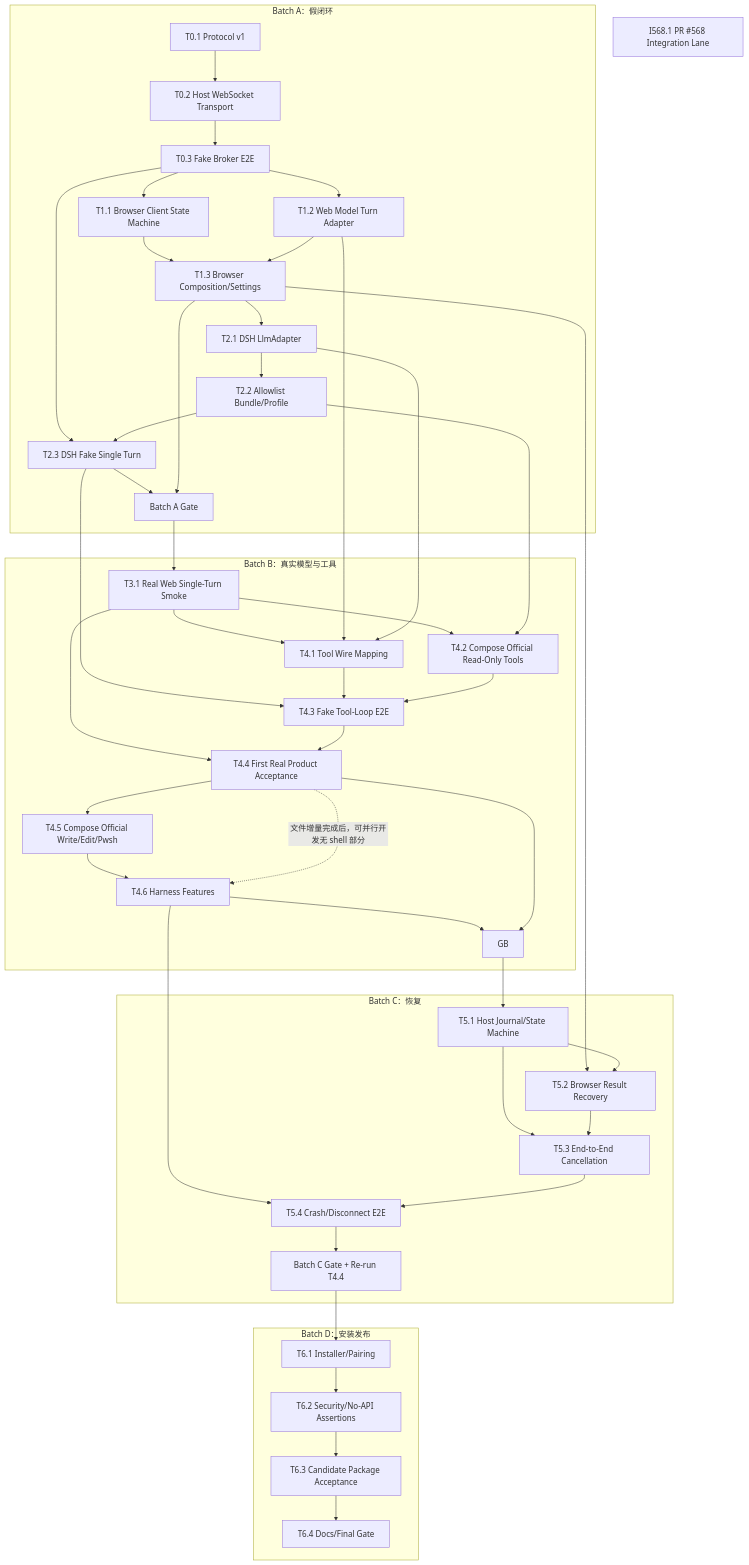
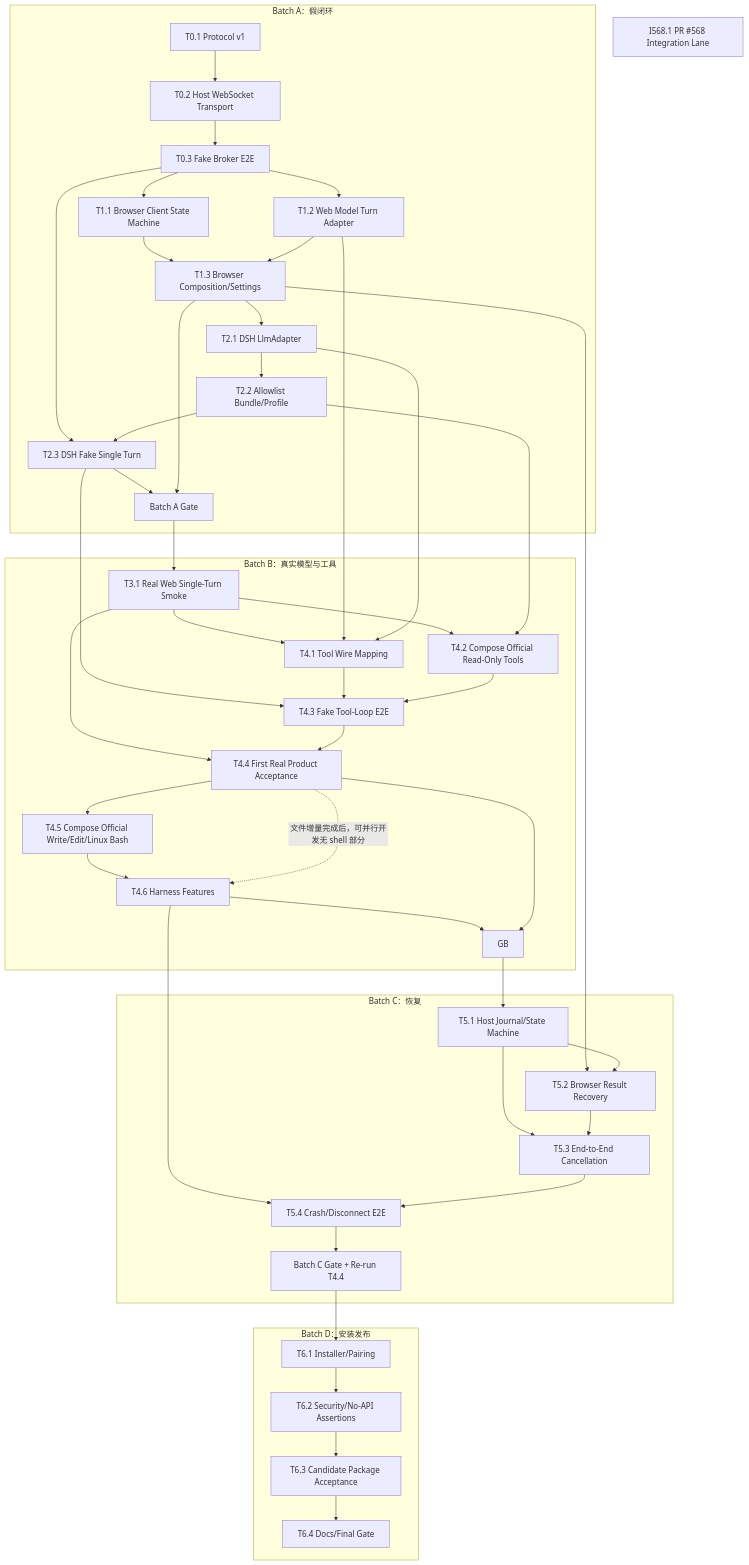
One commit to XVSHIFU/deepseek-pp changed the first of 2 diagrams in docs/plan/dependency-graph.md. Above: the diagram before and after it, drawn with Mermaid. The commit also changed other lines of this file and 5 other files, not shown here.

````diff
--- a/docs/plan/dependency-graph.md
+++ b/docs/plan/dependency-graph.md
@@ -7,58 +7,58 @@
 ```mermaid
 flowchart TD
   subgraph A["Batch A：假闭环"]
     T01["T0.1 Protocol v1"] --> T02["T0.2 Host WebSocket Transport"]
     T02 --> T03["T0.3 Fake Broker E2E"]
 
     T03 --> T11["T1.1 Browser Client State Machine"]
     T03 --> T12["T1.2 Web Model Turn Adapter"]
     T11 --> T13["T1.3 Browser Composition/Settings"]
     T12 --> T13
 
     T13 --> T21["T2.1 DSH LlmAdapter"]
     T21 --> T22["T2.2 Allowlist Bundle/Profile"]
     T03 --> T23["T2.3 DSH Fake Single Turn"]
     T22 --> T23
     T23 --> GA["Batch A Gate"]
     T13 --> GA
   end
 
   subgraph B["Batch B：真实模型与工具"]
     GA --> T31["T3.1 Real Web Single-Turn Smoke"]
     T31 --> T41["T4.1 Tool Wire Mapping"]
     T12 --> T41
     T21 --> T41
     T31 --> T42["T4.2 Compose Official Read-Only Tools"]
     T22 --> T42
     T23 --> T43["T4.3 Fake Tool-Loop E2E"]
     T41 --> T43
     T42 --> T43
     T31 --> T44["T4.4 First Real Product Acceptance"]
     T43 --> T44
-    T44 --> T45["T4.5 Compose Official Write/Edit/Pwsh"]
+    T44 --> T45["T4.5 Compose Official Write/Edit/Linux Bash"]
     T45 --> T46["T4.6 Harness Features"]
     T44 -. "文件增量完成后，可并行开发无 shell 部分" .-> T46
     T46 --> GB
     T44 --> GB
   end
 
   subgraph C["Batch C：恢复"]
     GB --> T51["T5.1 Host Journal/State Machine"]
     T13 --> T52["T5.2 Browser Result Recovery"]
     T51 --> T52
     T51 --> T53["T5.3 End-to-End Cancellation"]
     T52 --> T53
     T46 --> T54["T5.4 Crash/Disconnect E2E"]
     T53 --> T54
     T54 --> GC["Batch C Gate + Re-run T4.4"]
   end
 
   subgraph D["Batch D：安装发布"]
     GC --> T61["T6.1 Installer/Pairing"]
     T61 --> T62["T6.2 Security/No-API Assertions"]
     T62 --> T63["T6.3 Candidate Package Acceptance"]
     T63 --> T64["T6.4 Docs/Final Gate"]
   end
 
   I568["I568.1 PR #568 Integration Lane"]
 ```
````
